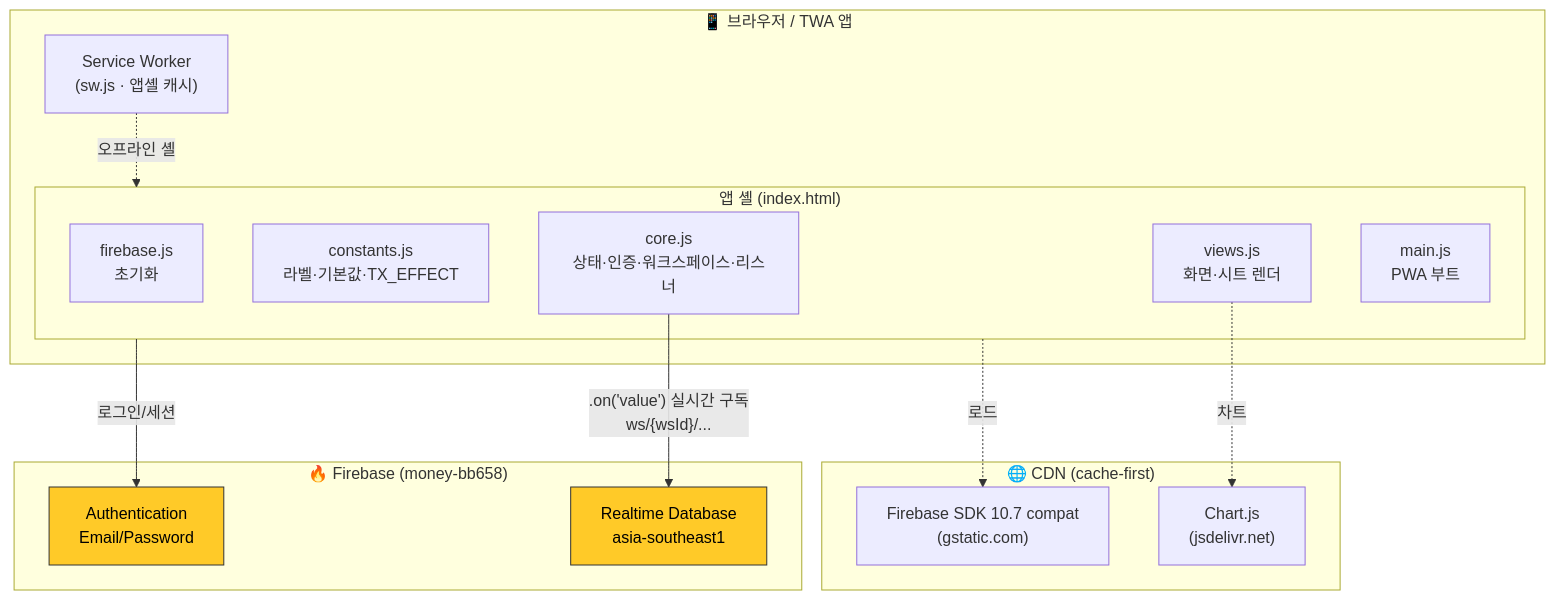
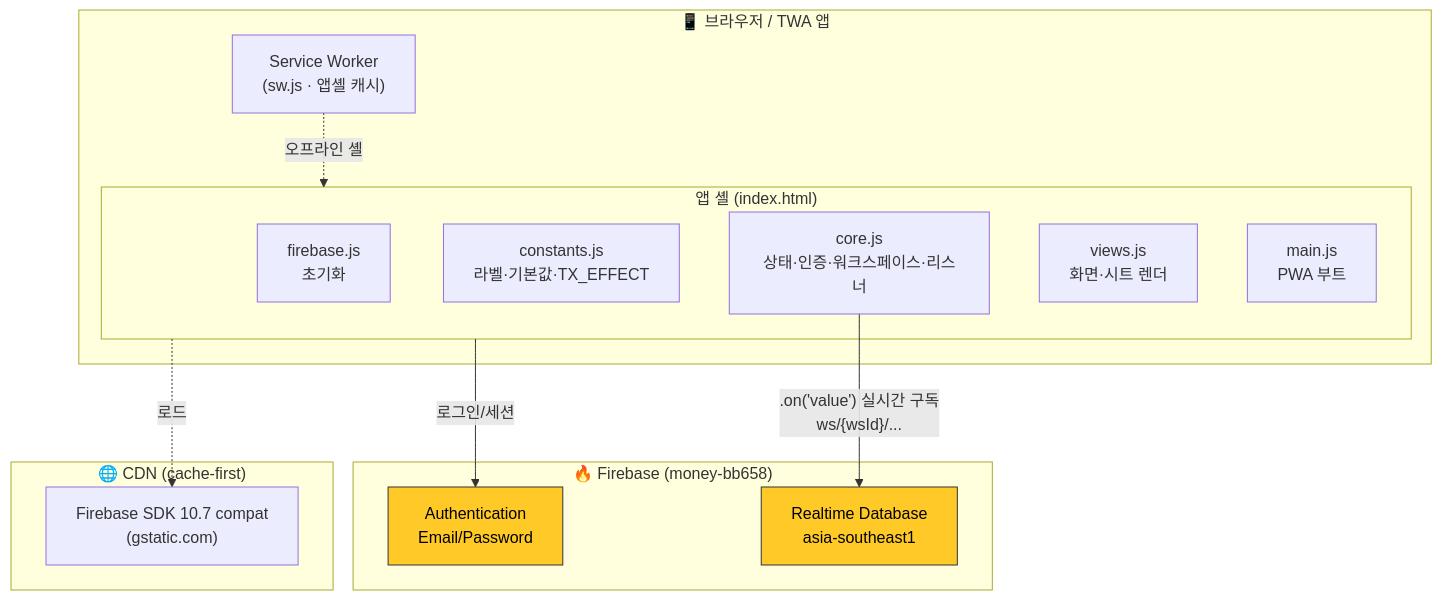
The first of 4 diagrams in docs/architecture.md (iambulb/accountbook), drawn with Mermaid before and after one commit. The commit also changed other lines of this file and 9 other files, not shown here.

First line of the commit message:
리포트 화면 시안 1:1 재현 (renderStats) + Chart.js 제거

````diff
--- a/docs/architecture.md
+++ b/docs/architecture.md
@@ -7,32 +7,30 @@
 ```mermaid
 graph TB
     subgraph Client["📱 브라우저 / TWA 앱"]
         SW["Service Worker<br/>(sw.js · 앱셸 캐시)"]
         subgraph Shell["앱 셸 (index.html)"]
             FB["firebase.js<br/>초기화"]
             CONST["constants.js<br/>라벨·기본값·TX_EFFECT"]
             CORE["core.js<br/>상태·인증·워크스페이스·리스너"]
             VIEWS["views.js<br/>화면·시트 렌더"]
             MAIN["main.js<br/>PWA 부트"]
         end
     end
 
     subgraph CDN["🌐 CDN (cache-first)"]
         FBSDK["Firebase SDK 10.7 compat<br/>(gstatic.com)"]
-        CHART["Chart.js<br/>(jsdelivr.net)"]
     end
 
     subgraph Firebase["🔥 Firebase (money-bb658)"]
         AUTH["Authentication<br/>Email/Password"]
         RTDB["Realtime Database<br/>asia-southeast1"]
     end
 
     Shell -->|로그인/세션| AUTH
     CORE -->|".on('value') 실시간 구독<br/>ws/{wsId}/..."| RTDB
     Shell -.->|로드| FBSDK
-    VIEWS -.->|차트| CHART
     SW -.->|오프라인 셸| Shell
 
     classDef fb fill:#ffca28,stroke:#333,color:#000
     class AUTH,RTDB fb
 ```
````
